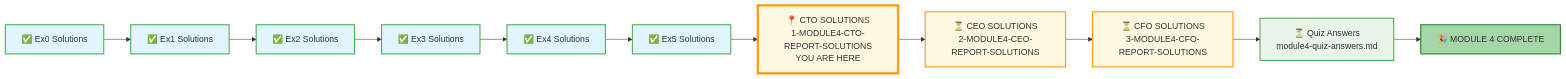
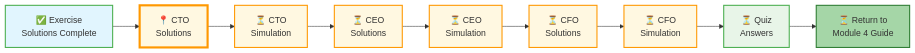
One commit to uniqueumamaheswari-universe/SQLVerse changed the first of 4 diagrams in Level-1-beginner/Module4-JoiningTables/4-exerciseAndQuizSolutions/6-capstone-solutions/1-MODULE4-CTO-REPORT-SOLUTIONS.md. Above: the diagram before and after it, drawn with Mermaid. The commit also changed other lines of this file and 3 other files, not shown here.

````diff
--- a/Level-1-beginner/Module4-JoiningTables/4-exerciseAndQuizSolutions/6-capstone-solutions/1-MODULE4-CTO-REPORT-SOLUTIONS.md
+++ b/Level-1-beginner/Module4-JoiningTables/4-exerciseAndQuizSolutions/6-capstone-solutions/1-MODULE4-CTO-REPORT-SOLUTIONS.md
@@ -27,25 +27,21 @@
 ```mermaid
 flowchart LR
-    Ex0["✅ Ex0 Solutions"] --> Ex1["✅ Ex1 Solutions"]
-    Ex1 --> Ex2["✅ Ex2 Solutions"]
-    Ex2 --> Ex3["✅ Ex3 Solutions"]
-    Ex3 --> Ex4["✅ Ex4 Solutions"]
-    Ex4 --> Ex5["✅ Ex5 Solutions"]
-    Ex5 --> CTO["📍 CTO SOLUTIONS<br/>1-MODULE4-CTO-REPORT-SOLUTIONS<br/>YOU ARE HERE"]
-    CTO --> CEO["⏳ CEO SOLUTIONS<br/>2-MODULE4-CEO-REPORT-SOLUTIONS"]
-    CEO --> CFO["⏳ CFO SOLUTIONS<br/>3-MODULE4-CFO-REPORT-SOLUTIONS"]
-    CFO --> Quiz["⏳ Quiz Answers<br/>module4-quiz-answers.md"]
-    Quiz --> Complete["🎉 MODULE 4 COMPLETE"]
+    A["✅ Exercise<br/>Solutions Complete"] --> B["📍 CTO<br/>Solutions"]
+    B --> C["⏳ CTO<br/>Simulation"]
+    C --> D["⏳ CEO<br/>Solutions"]
+    D --> E["⏳ CEO<br/>Simulation"]
+    E --> F["⏳ CFO<br/>Solutions"]
+    F --> G["⏳ CFO<br/>Simulation"]
+    G --> H["⏳ Quiz<br/>Answers"]
+    H --> I["⏳ Return to<br/>Module 4 Guide"]
     
-    style Ex0 fill:#e1f5fe,stroke:#4caf50,stroke-width:2px
-    style Ex1 fill:#e1f5fe,stroke:#4caf50,stroke-width:2px
-    style Ex2 fill:#e1f5fe,stroke:#4caf50,stroke-width:2px
-    style Ex3 fill:#e1f5fe,stroke:#4caf50,stroke-width:2px
-    style Ex4 fill:#e1f5fe,stroke:#4caf50,stroke-width:2px
-    style Ex5 fill:#e1f5fe,stroke:#4caf50,stroke-width:2px
-    style CTO fill:#fff8e1,stroke:#ff9800,stroke-width:4px
-    style CEO fill:#fff8e1,stroke:#ff9800,stroke-width:2px
-    style CFO fill:#fff8e1,stroke:#ff9800,stroke-width:2px
-    style Quiz fill:#e8f5e8,stroke:#4caf50,stroke-width:2px
-    style Complete fill:#a5d6a7,stroke:#2e7d32,stroke-width:2px
+    style A fill:#e1f5fe,stroke:#4caf50,stroke-width:2px
+    style B fill:#fff8e1,stroke:#ff9800,stroke-width:4px
+    style C fill:#fff8e1,stroke:#ff9800,stroke-width:2px
+    style D fill:#fff8e1,stroke:#ff9800,stroke-width:2px
+    style E fill:#fff8e1,stroke:#ff9800,stroke-width:2px
+    style F fill:#fff8e1,stroke:#ff9800,stroke-width:2px
+    style G fill:#fff8e1,stroke:#ff9800,stroke-width:2px
+    style H fill:#e8f5e8,stroke:#4caf50,stroke-width:2px
+    style I fill:#a5d6a7,stroke:#2e7d32,stroke-width:2px
 ```
````
